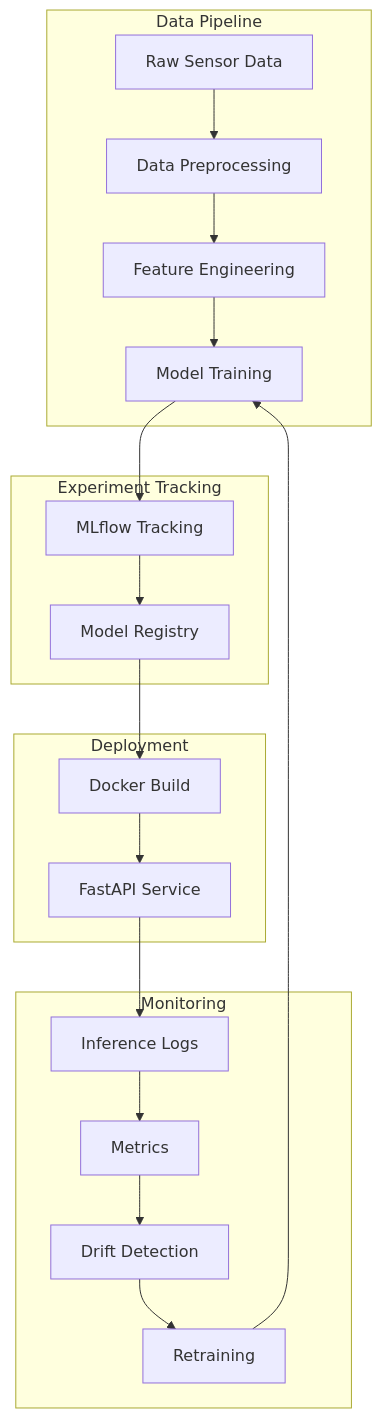
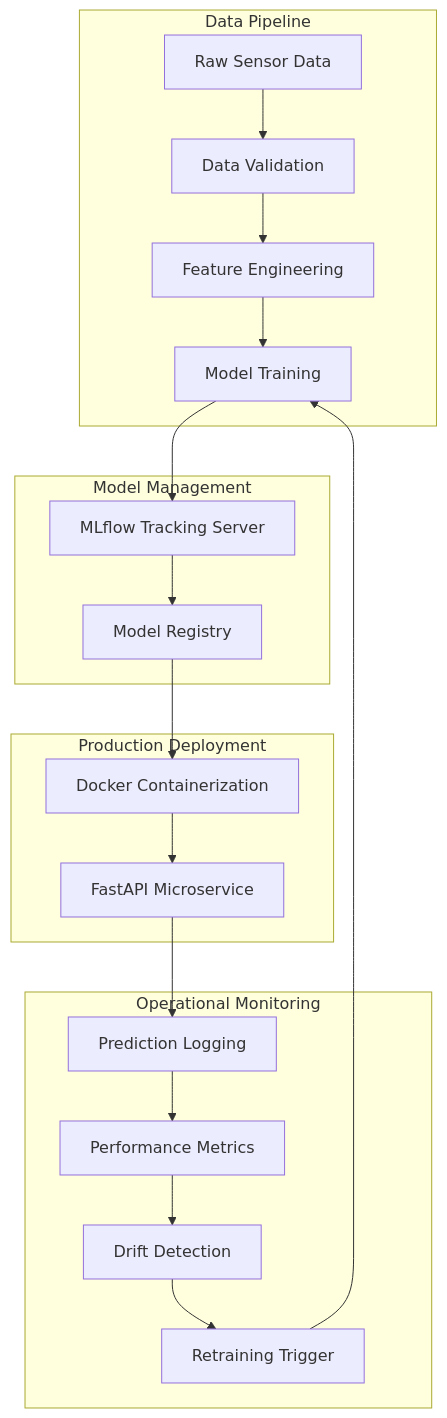
One commit to cssaritama/Predictive-Maintenance-Mlops changed the second of 2 diagrams in README.md. Above: the diagram before and after it, drawn with Mermaid.

````diff
--- a/README.md
+++ b/README.md
@@ -58,27 +58,27 @@
 ```mermaid
 flowchart TD
     subgraph DataPipeline["Data Pipeline"]
-        A1[Raw Sensor Data] --> B1[Data Preprocessing]
+        A1[Raw Sensor Data] --> B1[Data Validation]
         B1 --> C1[Feature Engineering]
         C1 --> D1[Model Training]
     end
 
-    subgraph ExperimentTracking["Experiment Tracking"]
-        D1 --> E1[MLflow Tracking]
+    subgraph ExperimentTracking["Model Management"]
+        D1 --> E1[MLflow Tracking Server]
         E1 --> F1[Model Registry]
     end
 
-    subgraph Deployment["Deployment"]
-        F1 --> G1[Docker Build]
-        G1 --> H1[FastAPI Service]
+    subgraph Deployment["Production Deployment"]
+        F1 --> G1[Docker Containerization]
+        G1 --> H1[FastAPI Microservice]
     end
 
-    subgraph Monitoring["Monitoring"]
-        H1 --> I1[Inference Logs]
-        I1 --> J1[Metrics]
+    subgraph Monitoring["Operational Monitoring"]
+        H1 --> I1[Prediction Logging]
+        I1 --> J1[Performance Metrics]
         J1 --> K1[Drift Detection]
-        K1 --> L1[Retraining]
+        K1 --> L1[Retraining Trigger]
     end
 
     L1 --> D1
 ```
````
